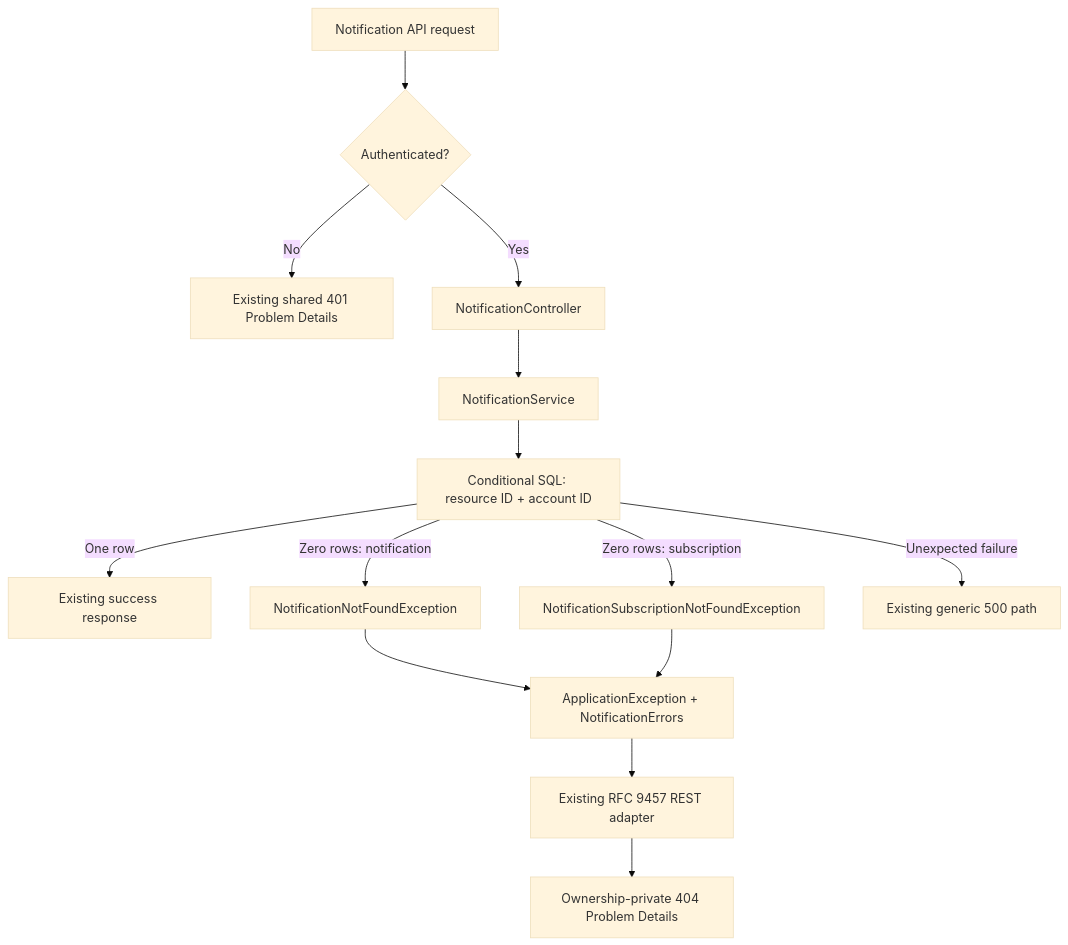
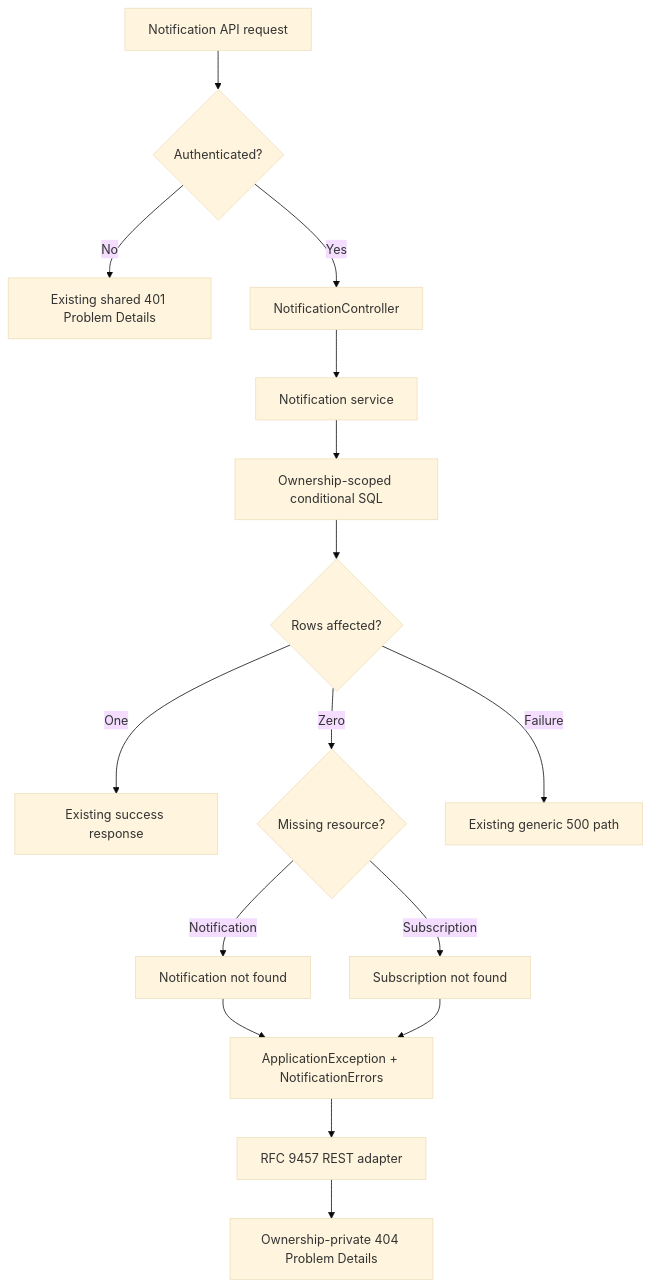
The diagram in docs/error-handling/work-items/KAN-29-notification-error-migration/assets/error-flow.mmd (kundankumar7/optrabidz), drawn with Mermaid (base theme) before and after one commit. The commit also changed 21 other files, not shown here.

Commit message:
Refresh historical flow diagrams (KAN-39)

```diff
--- a/docs/error-handling/work-items/KAN-29-notification-error-migration/assets/error-flow.mmd
+++ b/docs/error-handling/work-items/KAN-29-notification-error-migration/assets/error-flow.mmd
@@ -1,14 +1,19 @@
 flowchart TD
+    accTitle: Notification ownership and error flow
+    accDescr: An authenticated notification request uses an ownership-scoped conditional mutation and maps missing or non-owned resources to a safe notification-specific not-found Problem Details response.
+
     Request["Notification API request"] --> Security{"Authenticated?"}
     Security -->|No| Unauthorized["Existing shared 401 Problem Details"]
     Security -->|Yes| Controller["NotificationController"]
-    Controller --> Service["NotificationService"]
-    Service --> Mutation["Conditional SQL: resource ID + account ID"]
-    Mutation -->|One row| Success["Existing success response"]
-    Mutation -->|Zero rows: notification| NotificationError["NotificationNotFoundException"]
-    Mutation -->|Zero rows: subscription| SubscriptionError["NotificationSubscriptionNotFoundException"]
+    Controller --> Service["Notification service"]
+    Service --> Mutation["Ownership-scoped conditional SQL"]
+    Mutation --> Rows{"Rows affected?"}
+    Rows -->|"One"| Success["Existing success response"]
+    Rows -->|"Zero"| Missing{"Missing resource?"}
+    Rows -->|"Failure"| Internal["Existing generic 500 path"]
+    Missing -->|"Notification"| NotificationError["Notification not found"]
+    Missing -->|"Subscription"| SubscriptionError["Subscription not found"]
     NotificationError --> Neutral["ApplicationException + NotificationErrors"]
     SubscriptionError --> Neutral
-    Neutral --> Adapter["Existing RFC 9457 REST adapter"]
+    Neutral --> Adapter["RFC 9457 REST adapter"]
     Adapter --> Safe404["Ownership-private 404 Problem Details"]
-    Mutation -->|Unexpected failure| Internal["Existing generic 500 path"]
```
